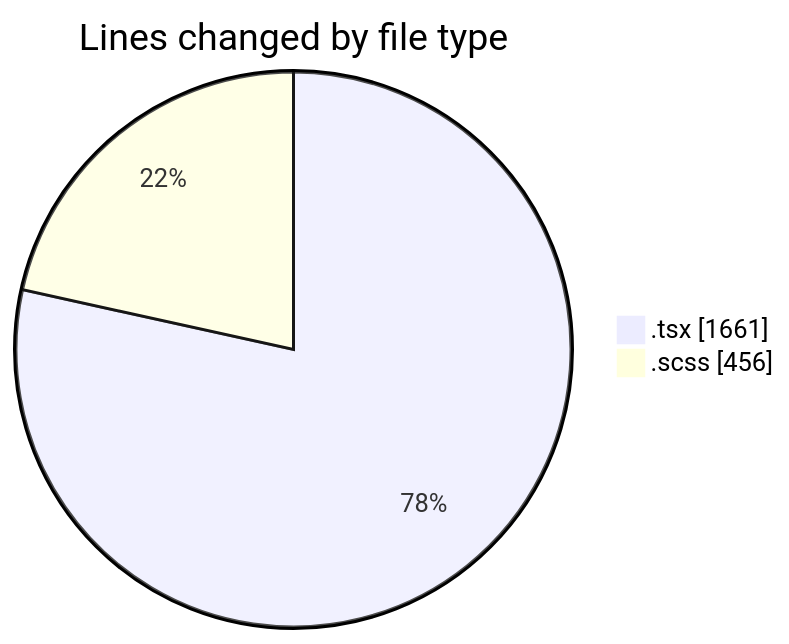
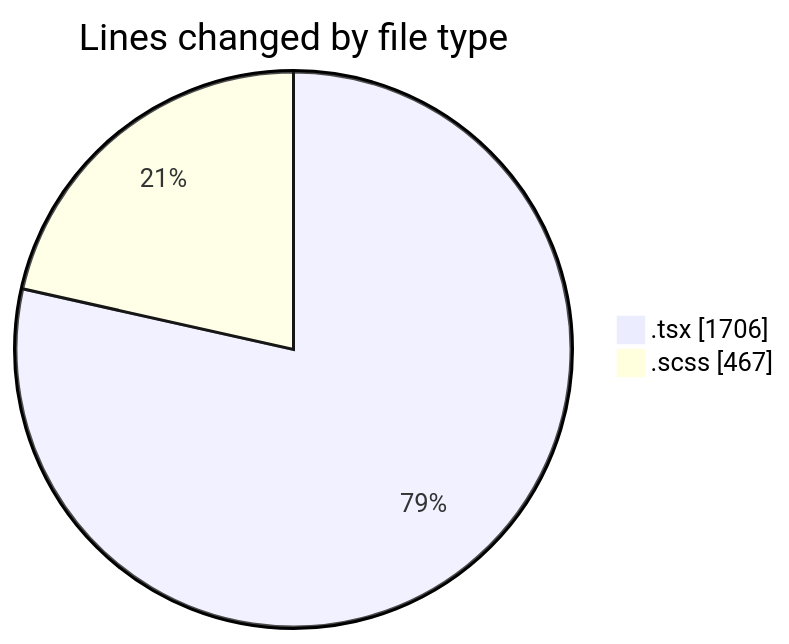
The first of 2 diagrams in 2025-04-10/cda/README.md (momahboobian/code-tracking), drawn with Mermaid before and after one commit. The commit also changed other lines of this file and 1 other file, not shown here.

````diff
--- a/2025-04-10/cda/README.md
+++ b/2025-04-10/cda/README.md
@@ -24,6 +24,6 @@
 ```mermaid
 pie showData
 title Lines changed by file type
-".tsx" : 1661
-".scss" : 456
+".tsx" : 1706
+".scss" : 467
 ```
````
